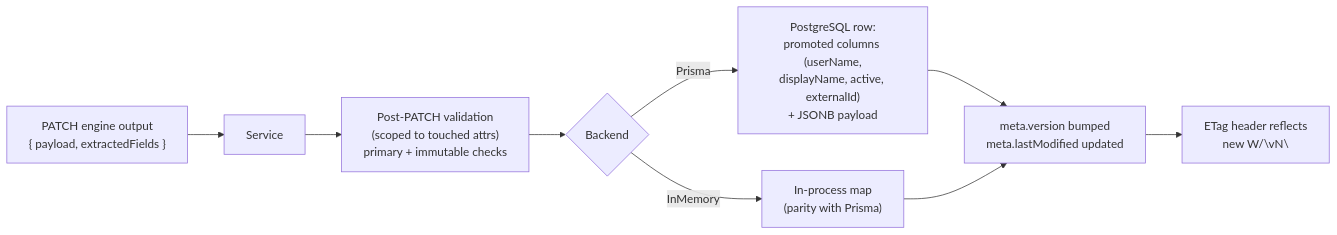
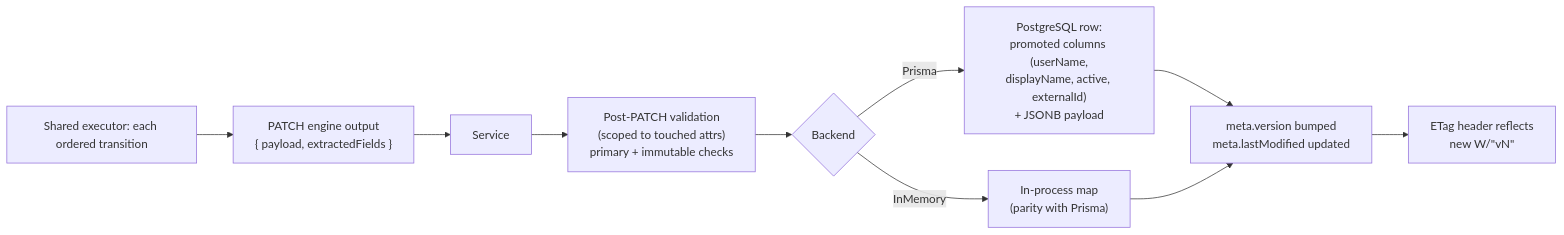
The fourth of 4 diagrams in docs/PATCH_OPERATIONS_COMPLETE_GUIDE.md (pranems/SCIMServer), drawn with Mermaid before and after one commit. The commit also changed other lines of this file and 35 other files, not shown here.

````diff
--- a/docs/PATCH_OPERATIONS_COMPLETE_GUIDE.md
+++ b/docs/PATCH_OPERATIONS_COMPLETE_GUIDE.md
@@ -549,11 +568,12 @@
 ```mermaid
 flowchart LR
-    Eng["PATCH engine output<br/>{ payload, extractedFields }"] --> Svc["Service"]
+    Step["Shared executor: each ordered transition"] --> Eng["PATCH engine output<br/>{ payload, extractedFields }"]
+    Eng --> Svc["Service"]
     Svc --> PostV["Post-PATCH validation<br/>(scoped to touched attrs)<br/>primary + immutable checks"]
     PostV --> Repo{"Backend"}
     Repo -->|Prisma| PG["PostgreSQL row:<br/>promoted columns (userName,<br/>displayName, active, externalId)<br/>+ JSONB payload"]
     Repo -->|InMemory| MEM["In-process map<br/>(parity with Prisma)"]
     PG --> Meta["meta.version bumped<br/>meta.lastModified updated"]
     MEM --> Meta
-    Meta --> ETag["ETag header reflects<br/>new W/\"vN\""]
+    Meta --> ETag["ETag header reflects<br/>new W/#quot;vN#quot;"]
 ```
````
